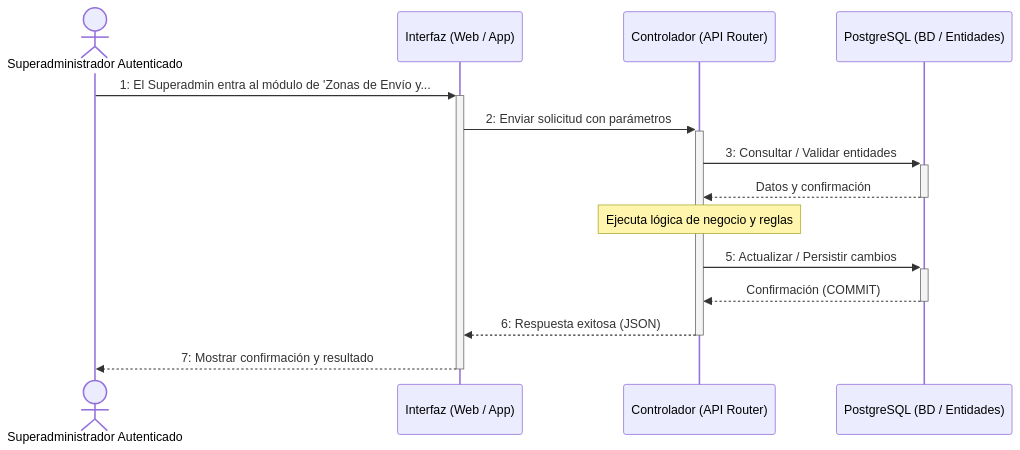
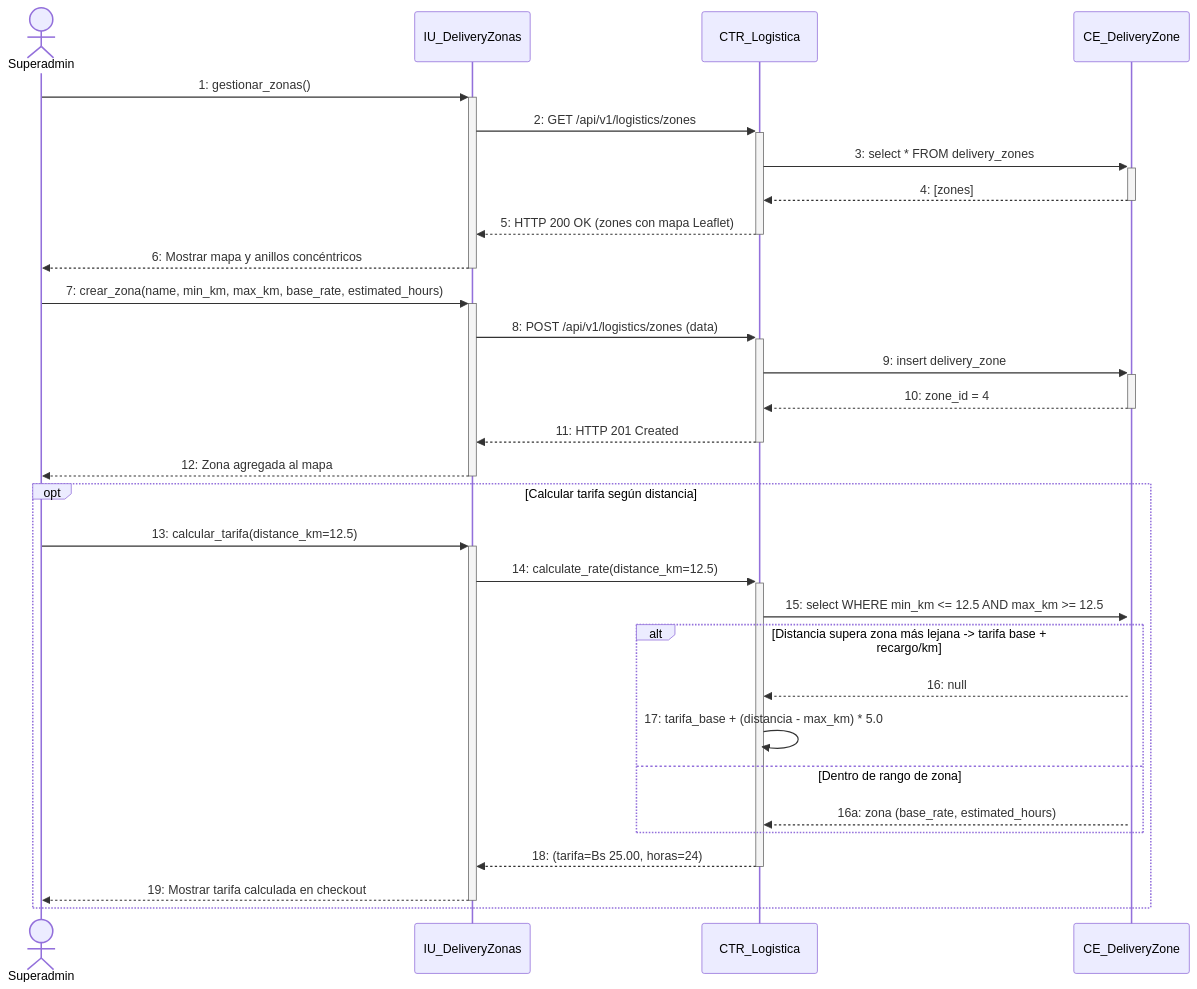
Diagram 29 of 38 in documentos/DOCUMENTACION_40_CASOS_DE_USO_DIAGRAMAS_SECUENCIA.md (jc-larry/ecommerce), drawn with Mermaid before and after one commit. The commit also changed other lines of this file and 148 other files, not shown here.

Commit message:
feat: persistencia de base de datos en despliegue, temporizador 5min checkout/paypal movil, vestidor virtual e informes de investigacion

````diff
--- a/documentos/DOCUMENTACION_40_CASOS_DE_USO_DIAGRAMAS_SECUENCIA.md
+++ b/documentos/DOCUMENTACION_40_CASOS_DE_USO_DIAGRAMAS_SECUENCIA.md
@@ -1536,16 +1881,35 @@
 ```mermaid
 sequenceDiagram
-    actor U as Superadministrador Autenticado
-    participant IU as Interfaz (Web / App)
-    participant CTR as Controlador (API Router)
-    participant DB as PostgreSQL (BD / Entidades)
-    U->>+IU: 1: El Superadmin entra al módulo de 'Zonas de Envío y...
-    IU->>+CTR: 2: Enviar solicitud con parámetros
-    CTR->>+DB: 3: Consultar / Validar entidades
-    DB-->>-CTR: Datos y confirmación
-    Note over CTR: Ejecuta lógica de negocio y reglas
-    CTR->>+DB: 5: Actualizar / Persistir cambios
-    DB-->>-CTR: Confirmación (COMMIT)
-    CTR-->>-IU: 6: Respuesta exitosa (JSON)
-    IU-->>-U: 7: Mostrar confirmación y resultado
+    actor S as Superadmin
+    participant IU as IU_DeliveryZonas
+    participant CTR as CTR_Logistica
+    participant CE_DZ as CE_DeliveryZone
+
+    S->>+IU: 1: gestionar_zonas()
+    IU->>+CTR: 2: GET /api/v1/logistics/zones
+    CTR->>+CE_DZ: 3: select * FROM delivery_zones
+    CE_DZ-->>-CTR: 4: [zones]
+    CTR-->>-IU: 5: HTTP 200 OK (zones con mapa Leaflet)
+    IU-->>-S: 6: Mostrar mapa y anillos concéntricos
+
+    S->>+IU: 7: crear_zona(name, min_km, max_km, base_rate, estimated_hours)
+    IU->>+CTR: 8: POST /api/v1/logistics/zones (data)
+    CTR->>+CE_DZ: 9: insert delivery_zone
+    CE_DZ-->>-CTR: 10: zone_id = 4
+    CTR-->>-IU: 11: HTTP 201 Created
+    IU-->>-S: 12: Zona agregada al mapa
+
+    opt Calcular tarifa según distancia
+    S->>+IU: 13: calcular_tarifa(distance_km=12.5)
+    IU->>+CTR: 14: calculate_rate(distance_km=12.5)
+    CTR->>+CE_DZ: 15: select WHERE min_km <= 12.5 AND max_km >= 12.5
+    alt Distancia supera zona más lejana -> tarifa base + recargo/km
+        CE_DZ-->>CTR: 16: null
+        CTR->>CTR: 17: tarifa_base + (distancia - max_km) * 5.0
+    else Dentro de rango de zona
+        CE_DZ-->>CTR: 16a: zona (base_rate, estimated_hours)
+    end
+    CTR-->>-IU: 18: (tarifa=Bs 25.00, horas=24)
+    IU-->>-S: 19: Mostrar tarifa calculada en checkout
+    end
 ```
````
